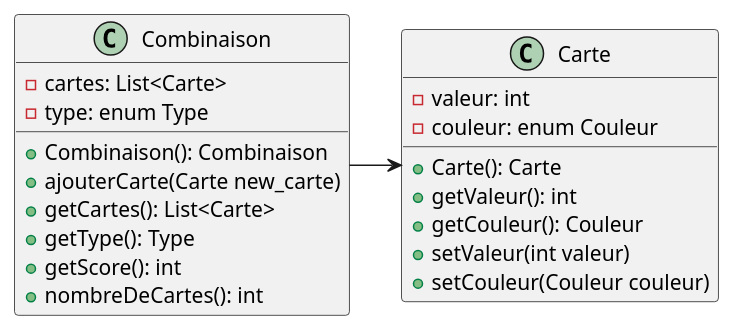
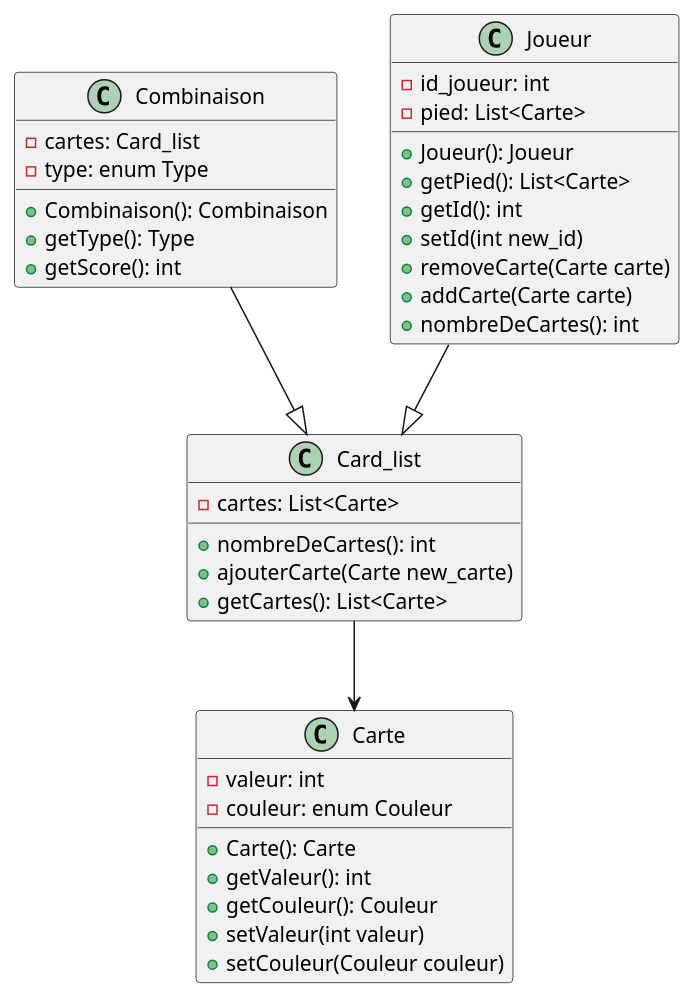
Before and after one commit to Pagatok/pg220: the diagram in src/diagrams/model.puml, drawn with PlantUML. The commit also changed 6 other files, not shown here.

Commit message:
Ajout d'une classe Card_list intermédiaire car redondance de code entre joueur et combinaison

```diff
--- a/src/diagrams/model.puml
+++ b/src/diagrams/model.puml
@@ -1,27 +1,45 @@
 @startuml model
 
 class Carte{
     - valeur: int
     - couleur: enum Couleur
     + Carte(): Carte
     + getValeur(): int
     + getCouleur(): Couleur
     + setValeur(int valeur)
     + setCouleur(Couleur couleur)
 }
 
 class Combinaison{
-    - cartes: List<Carte>
+    - cartes: Card_list
     - type: enum Type
     + Combinaison(): Combinaison 
+    + getType(): Type 
+    + getScore(): int 
+}
+
+class Joueur{
+    - id_joueur: int
+    - pied: List<Carte>
+    + Joueur(): Joueur
+    + getPied(): List<Carte>
+    + getId(): int
+    + setId(int new_id)
+    + removeCarte(Carte carte)
+    + addCarte(Carte carte)
+    + nombreDeCartes(): int
+}
+
+class Card_list{
+    - cartes: List<Carte>
+    + nombreDeCartes(): int 
     + ajouterCarte(Carte new_carte) 
     + getCartes(): List<Carte> 
-    + getType(): Type 
-    + getScore(): int 
-    + nombreDeCartes(): int 
 }
 
-Combinaison -> Carte
+Combinaison --|> Card_list
+Joueur --|> Card_list
+Card_list --> Carte
 
 
 @enduml
```
